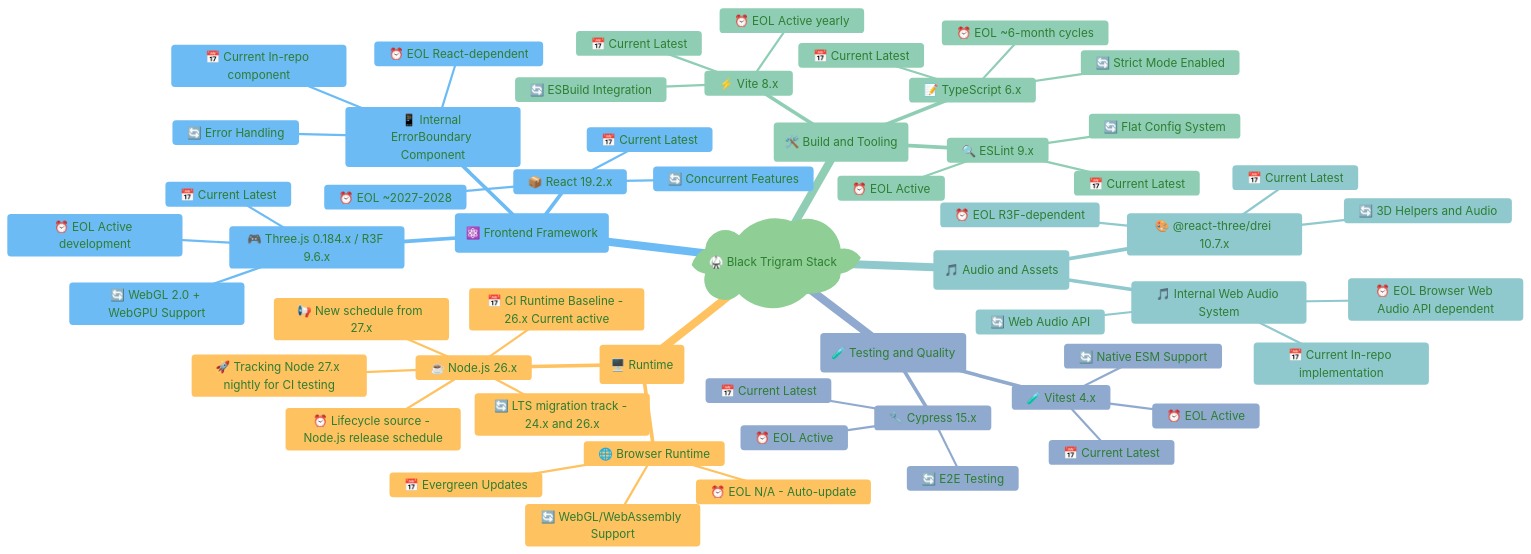
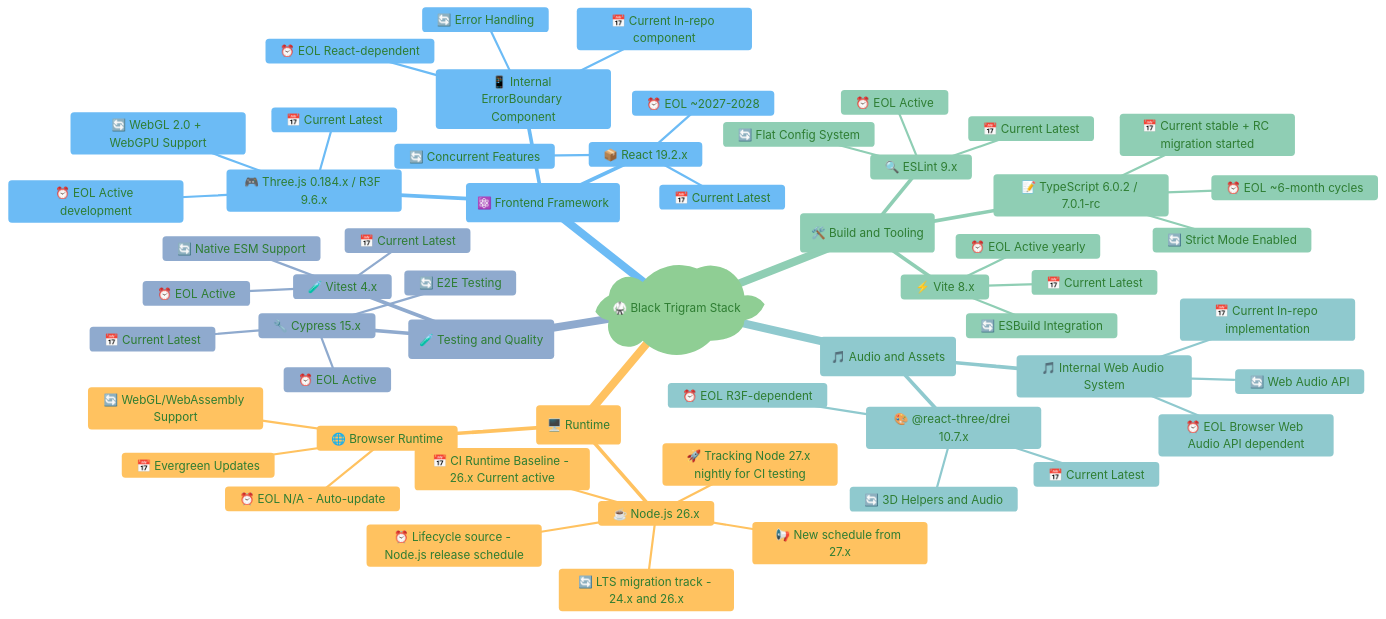
Before and after one commit to Hack23/blacktrigram: the first of 8 diagrams in End-of-Life-Strategy.md, drawn with Mermaid. The commit also changed other lines of this file and 2 other files, not shown here.

Commit message:
Refresh stack versions and TypeScript migration docs

````diff
--- a/End-of-Life-Strategy.md
+++ b/End-of-Life-Strategy.md
@@ -52,71 +52,71 @@
 ```mermaid
 %%{
   init: {
     'theme': 'base',
     'themeVariables': {
       'primaryColor': '#e8f5e9',
       'primaryTextColor': '#2e7d32',
       'lineColor': '#4caf50',
       'secondaryColor': '#fff3e0',
       'tertiaryColor': '#e3f2fd'
     }
   }
 }%%
 mindmap
   root)🥋 Black Trigram Stack(
     (🖥️ Runtime)
       ☕ Node.js 26.x
         📅 CI Runtime Baseline - 26.x Current active
         ⏰ Lifecycle source - Node.js release schedule
         🔄 LTS migration track - 24.x and 26.x
         📢 New schedule from 27.x
         🚀 Tracking Node 27.x nightly for CI testing
       🌐 Browser Runtime
         📅 Evergreen Updates
         ⏰ EOL N/A - Auto-update
         🔄 WebGL/WebAssembly Support
     (⚛️ Frontend Framework)
       📦 React 19.2.x
         📅 Current Latest
         ⏰ EOL ~2027-2028
         🔄 Concurrent Features
       🎮 Three.js 0.184.x / R3F 9.6.x
         📅 Current Latest
         ⏰ EOL Active development
         🔄 WebGL 2.0 + WebGPU Support
       📱 Internal ErrorBoundary Component
         📅 Current In-repo component
         ⏰ EOL React-dependent
         🔄 Error Handling
     (🛠️ Build and Tooling)
       ⚡ Vite 8.x
         📅 Current Latest
         ⏰ EOL Active yearly
         🔄 ESBuild Integration
-      📝 TypeScript 6.x
-        📅 Current Latest
+      📝 TypeScript 6.0.2 / 7.0.1-rc
+        📅 Current stable + RC migration started
         ⏰ EOL ~6-month cycles
         🔄 Strict Mode Enabled
       🔍 ESLint 9.x
         📅 Current Latest
         ⏰ EOL Active
         🔄 Flat Config System
     (🎵 Audio and Assets)
       🎵 Internal Web Audio System
         📅 Current In-repo implementation
         ⏰ EOL Browser Web Audio API dependent
         🔄 Web Audio API
       🎨 @react-three/drei 10.7.x
         📅 Current Latest
         ⏰ EOL R3F-dependent
         🔄 3D Helpers and Audio
     (🧪 Testing and Quality)
       🧪 Vitest 4.x
         📅 Current Latest
         ⏰ EOL Active
         🔄 Native ESM Support
       🔧 Cypress 15.x
         📅 Current Latest
         ⏰ EOL Active
         🔄 E2E Testing
 ```
````
